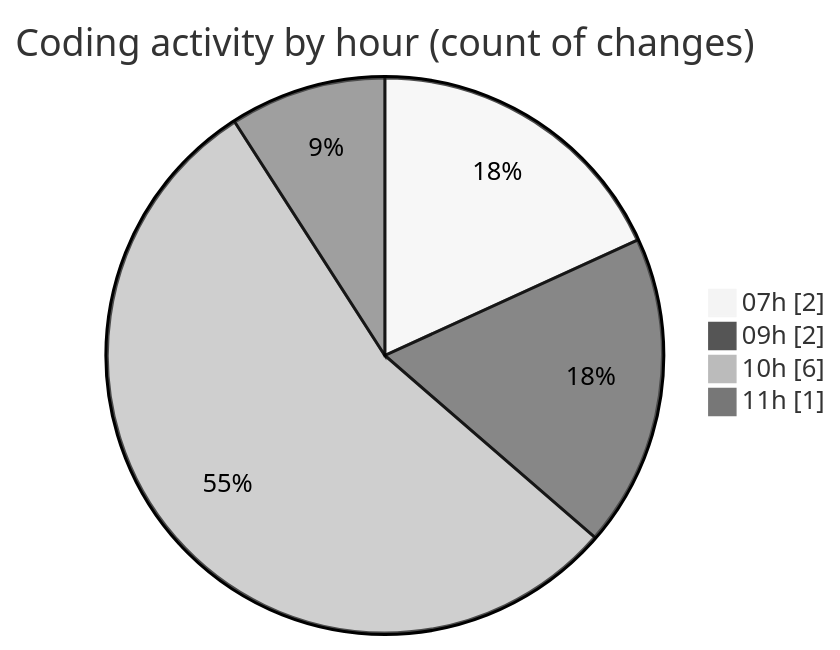
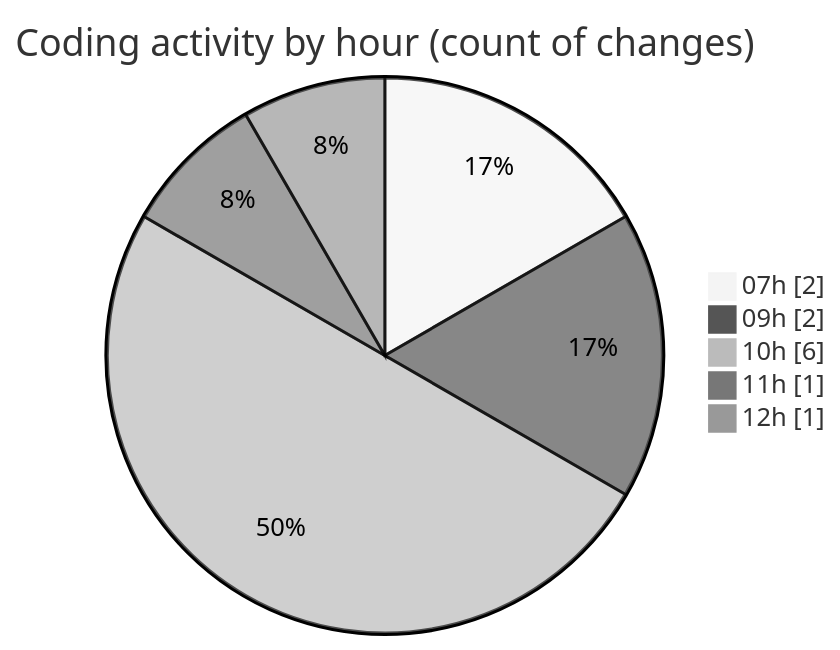
Before and after one commit to LanceThiago/code-tracking: the second of 2 diagrams in 2026-02-09/enviarfacturas/README.md, drawn with Mermaid (neutral theme). The commit also changed other lines of this file and 1 other file, not shown here.

````diff
--- a/2026-02-09/enviarfacturas/README.md
+++ b/2026-02-09/enviarfacturas/README.md
@@ -34,8 +34,9 @@
 ```mermaid
 pie showData
 title Coding activity by hour (count of changes)
 "07h" : 2
 "09h" : 2
 "10h" : 6
 "11h" : 1
+"12h" : 1
 ```
````
